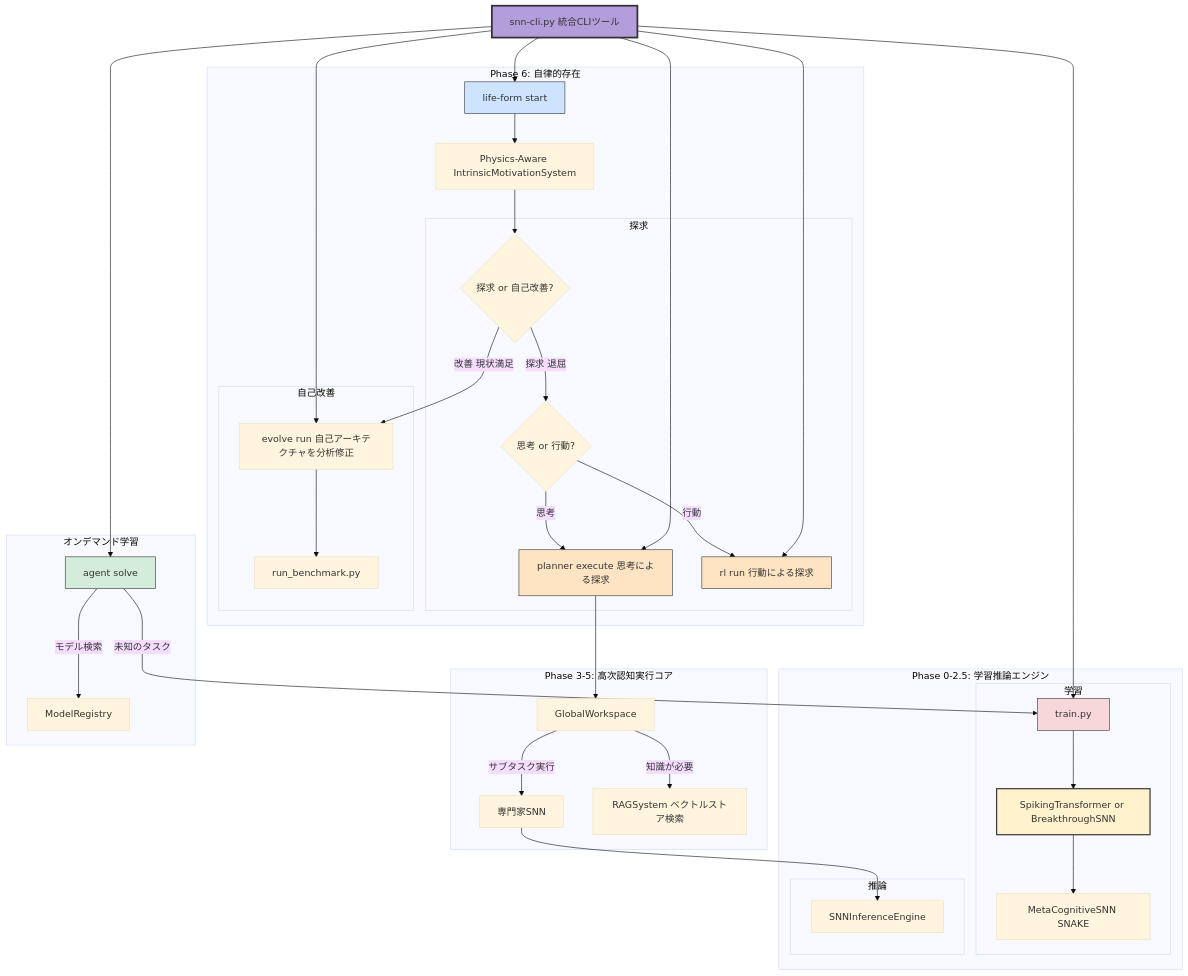
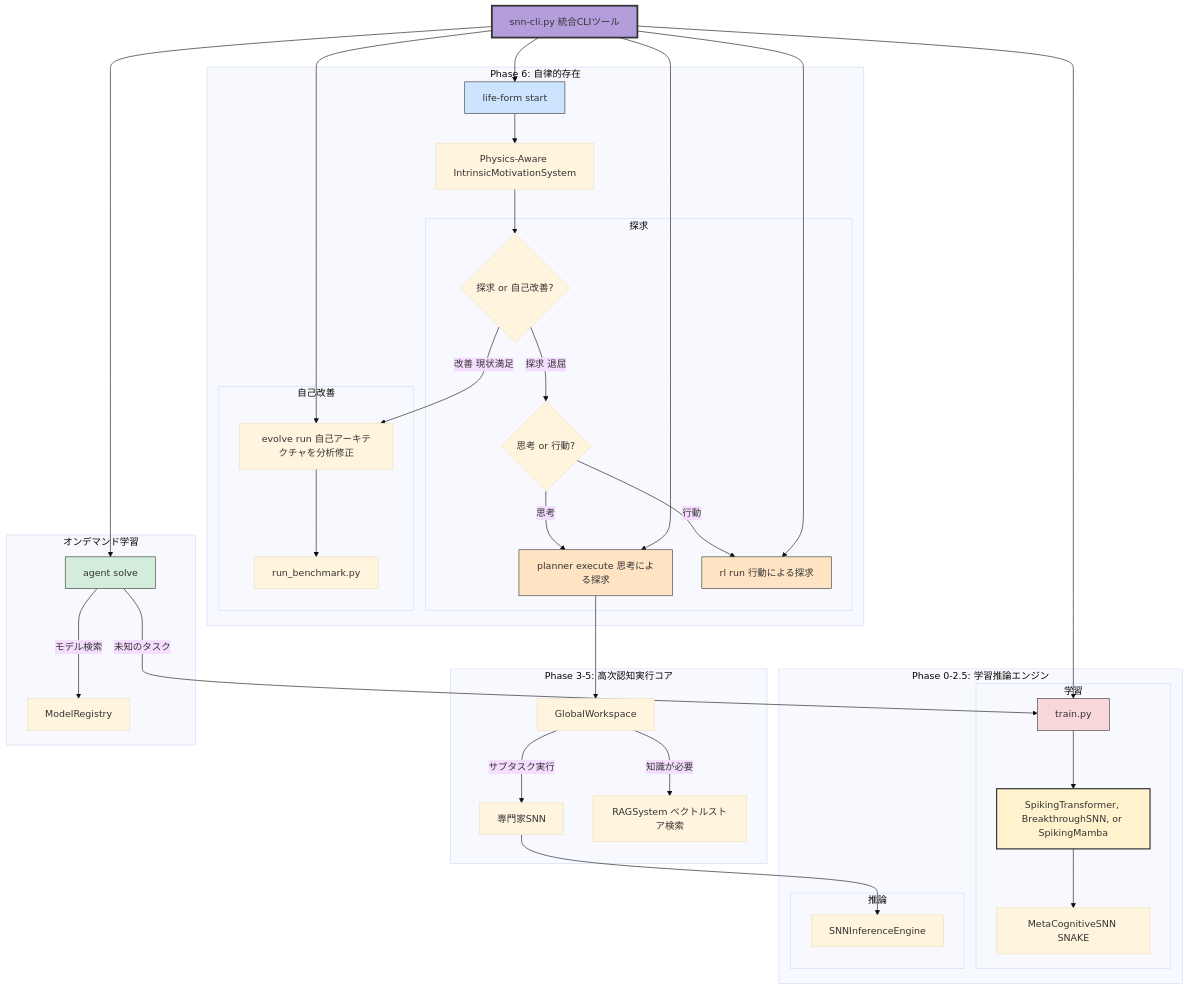
The diagram in README.md (matsushibadenki/SNN4), drawn with Mermaid (base theme) before and after one commit. The commit also changed other lines of this file, not shown here.

````diff
--- a/README.md
+++ b/README.md
@@ -21,71 +23,71 @@
 ```mermaid
 graph TD
     CLI["snn-cli.py 統合CLIツール"]
 
     subgraph Phase6["Phase 6: 自律的存在"]
         LifeForm["life-form start"]
         Motivation["Physics-Aware IntrinsicMotivationSystem"]
         Decision{"探求 or 自己改善?"}
 
         LifeForm --> Motivation
         Motivation --> Decision
 
         subgraph Exploration["探求"]
             ExploreDecision{"思考 or 行動?"}
             Planner["planner execute 思考による探求"]
             RLAgent["rl run 行動による探求"]
 
             Decision -->|"探求 退屈"| ExploreDecision
             ExploreDecision -->|"思考"| Planner
             ExploreDecision -->|"行動"| RLAgent
         end
 
         subgraph SelfImprove["自己改善"]
             Evolution["evolve run 自己アーキテクチャを分析修正"]
             Benchmark["run_benchmark.py"]
 
             Decision -->|"改善 現状満足"| Evolution
             Evolution --> Benchmark
         end
     end
 
     subgraph ExecCore["Phase 3-5: 高次認知実行コア"]
         Planner --> Workspace["GlobalWorkspace"]
         Workspace -->|"サブタスク実行"| Specialist["専門家SNN"]
         Workspace -->|"知識が必要"| RAG["RAGSystem ベクトルストア検索"]
     end
 
     subgraph LearnInfer["Phase 0-2.5: 学習推論エンジン"]
         subgraph Training["学習"]
             TrainPy["train.py"]
-            SNN_Core["SpikingTransformer or BreakthroughSNN"]
+            SNN_Core["SpikingTransformer, BreakthroughSNN, or SpikingMamba"]
             MetaSNN["MetaCognitiveSNN SNAKE"]
             TrainPy --> SNN_Core
             SNN_Core --> MetaSNN
         end
         subgraph Inference["推論"]
             Specialist --> Deployment["SNNInferenceEngine"]
         end
     end
 
     subgraph OnDemand["オンデマンド学習"]
         Agent["agent solve"]
         Agent -->|"未知のタスク"| TrainPy
         Agent -->|"モデル検索"| Registry["ModelRegistry"]
     end
 
     CLI --> LifeForm
     CLI --> Planner
     CLI --> RLAgent
     CLI --> Evolution
     CLI --> Agent
     CLI --> TrainPy
 
     style CLI fill:#b39ddb,stroke:#333,stroke-width:3px
     style LifeForm fill:#cde4ff,stroke:#333,stroke-width:1px
     style Planner fill:#ffe4c4,stroke:#333,stroke-width:1px
     style RLAgent fill:#ffe4c4,stroke:#333,stroke-width:1px
     style Agent fill:#d4edda,stroke:#333,stroke-width:1px
     style TrainPy fill:#f8d7da,stroke:#333,stroke-width:1px
     style SNN_Core fill:#fff2cd,stroke:#333,stroke-width:2px
 ```    
````
